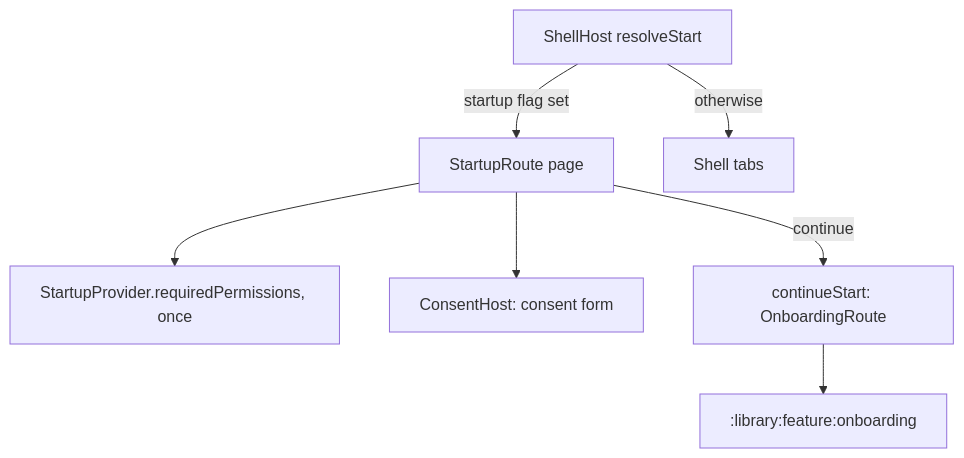
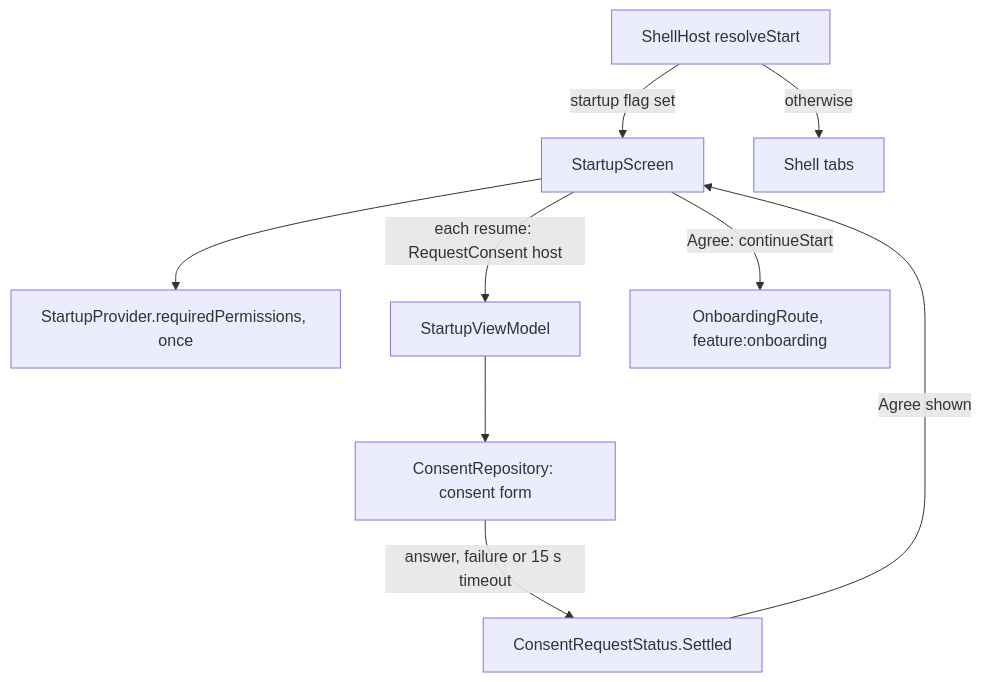
The diagram in library/feature/startup/README.md (MihaiCristianCondrea/App-Toolkit-for-Android), drawn with Mermaid before and after one commit. The commit also changed other lines of this file and 157 other files, not shown here.

````diff
--- a/library/feature/startup/README.md
+++ b/library/feature/startup/README.md
@@ -63,9 +63,11 @@
 ```mermaid
 flowchart TD
-    Host[ShellHost resolveStart] -->|startup flag set| Startup[StartupRoute page]
+    Host[ShellHost resolveStart] -->|startup flag set| Startup[StartupScreen]
     Host -->|otherwise| Tabs[Shell tabs]
     Startup --> Permissions[StartupProvider.requiredPermissions, once]
-    Startup --> ConsentForm[ConsentHost: consent form]
-    Startup -->|continue| Continue[continueStart: OnboardingRoute]
-    Continue --> Onboarding[":library:feature:onboarding"]
+    Startup -->|each resume: RequestConsent host| VM[StartupViewModel]
+    VM --> Consent[ConsentRepository: consent form]
+    Consent -->|answer, failure or 15 s timeout| Settled[ConsentRequestStatus.Settled]
+    Settled -->|Agree shown| Startup
+    Startup -->|Agree: continueStart| Onboarding[OnboardingRoute, feature:onboarding]
 ```
````
